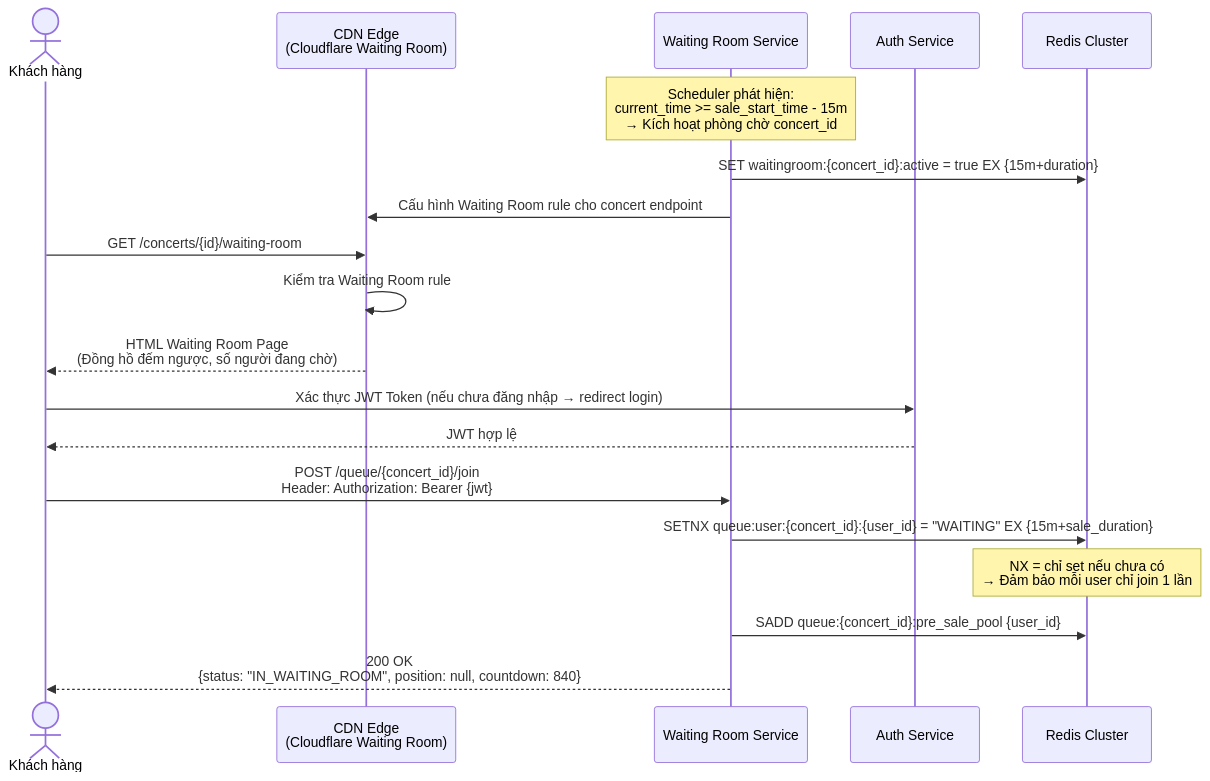
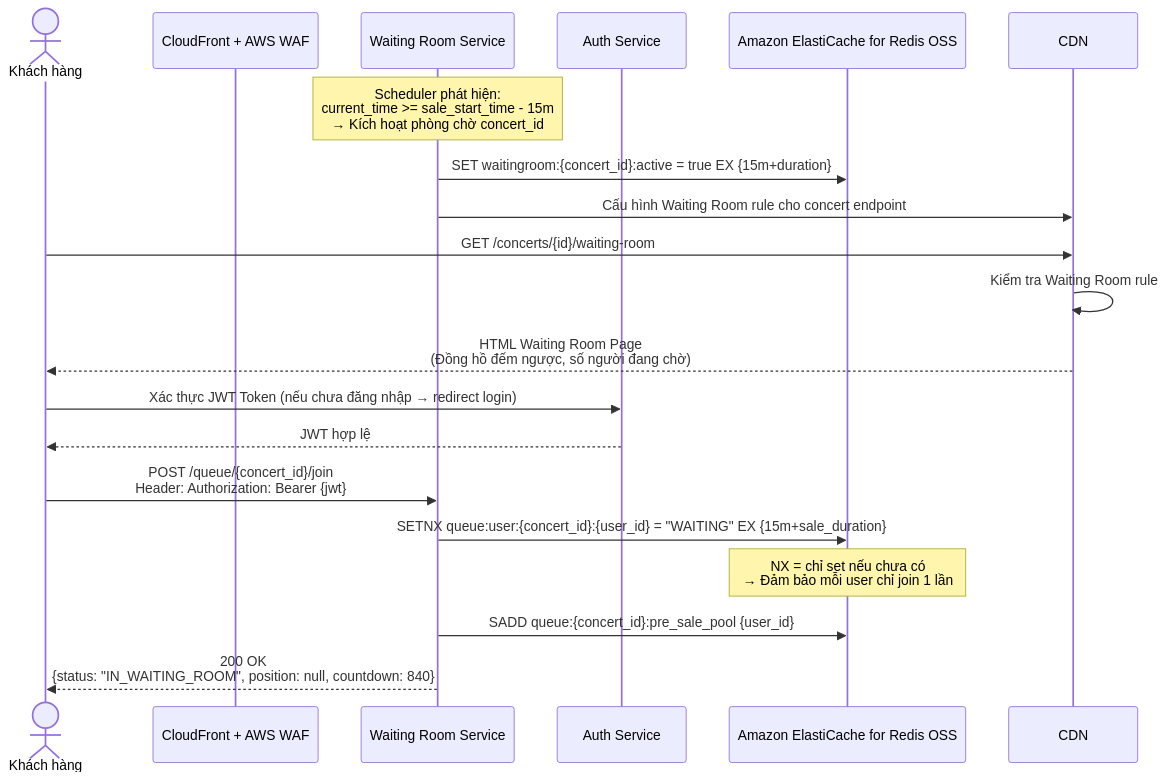
The second of 6 diagrams in business-analysis/02_State_Machines_And_Workflows/02_Business_Flows/BF01_Waiting_Room_And_Virtual_Queue_Flow.md (toanteng11/concert-ticketing-docs), drawn with Mermaid before and after one commit. The commit also changed other lines of this file and 43 other files, not shown here.

````diff
--- a/business-analysis/02_State_Machines_And_Workflows/02_Business_Flows/BF01_Waiting_Room_And_Virtual_Queue_Flow.md
+++ b/business-analysis/02_State_Machines_And_Workflows/02_Business_Flows/BF01_Waiting_Room_And_Virtual_Queue_Flow.md
@@ -45,25 +45,25 @@
 ```mermaid
 sequenceDiagram
     actor C as Khách hàng
-    participant CDN as CDN Edge<br/>(Cloudflare Waiting Room)
+    participant EDGE as CloudFront + AWS WAF
     participant WR as Waiting Room Service
     participant AUTH as Auth Service
-    participant REDIS as Redis Cluster
+    participant REDIS as Amazon ElastiCache for Redis OSS
 
     Note over WR: Scheduler phát hiện:<br/>current_time >= sale_start_time - 15m<br/>→ Kích hoạt phòng chờ concert_id
     WR->>REDIS: SET waitingroom:{concert_id}:active = true EX {15m+duration}
     WR->>CDN: Cấu hình Waiting Room rule cho concert endpoint
 
     C->>CDN: GET /concerts/{id}/waiting-room
     CDN->>CDN: Kiểm tra Waiting Room rule
     CDN-->>C: HTML Waiting Room Page<br/>(Đồng hồ đếm ngược, số người đang chờ)
 
     C->>AUTH: Xác thực JWT Token (nếu chưa đăng nhập → redirect login)
     AUTH-->>C: JWT hợp lệ
 
     C->>WR: POST /queue/{concert_id}/join<br/>Header: Authorization: Bearer {jwt}
     WR->>REDIS: SETNX queue:user:{concert_id}:{user_id} = "WAITING" EX {15m+sale_duration}
     Note over REDIS: NX = chỉ set nếu chưa có<br/>→ Đảm bảo mỗi user chỉ join 1 lần
     WR->>REDIS: SADD queue:{concert_id}:pre_sale_pool {user_id}
     WR-->>C: 200 OK<br/>{status: "IN_WAITING_ROOM", position: null, countdown: 840}
 ```
````
